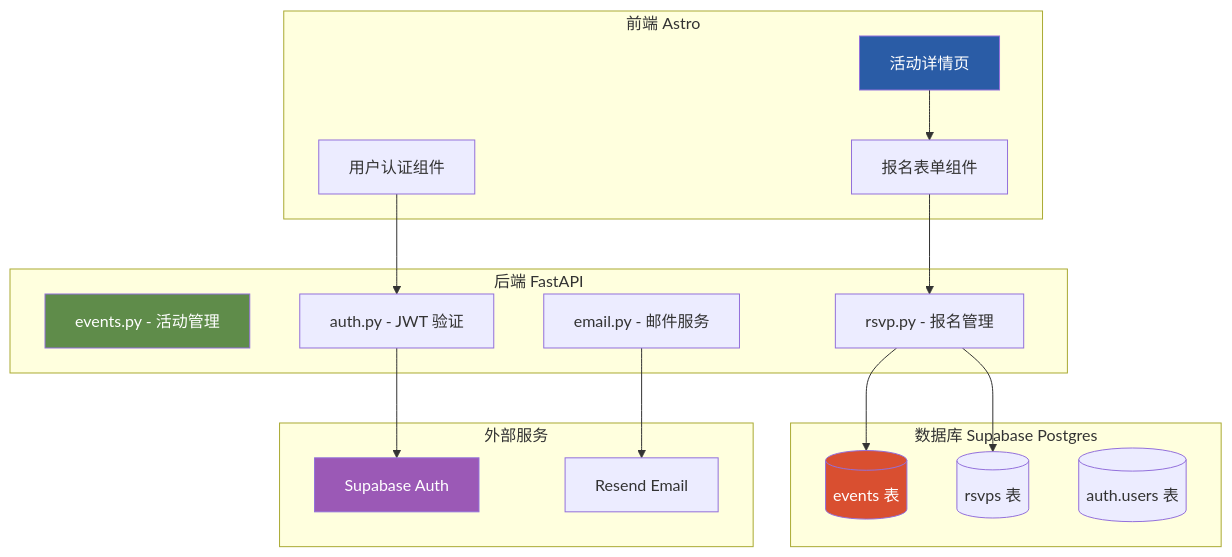
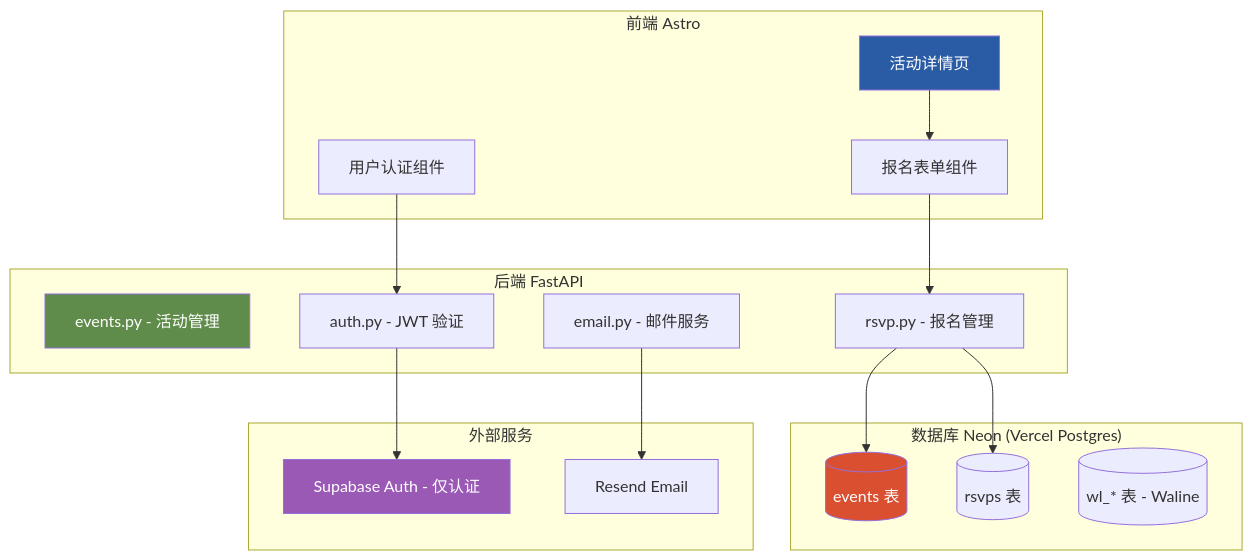
Before and after one commit to GenLI3202/acc_clubhub: the first of 2 diagrams in docs/rebuild_plan/phase_4_3_events_plan.md, drawn with Mermaid. The commit also changed other lines of this file and 1 other file, not shown here.

First line of the commit message:
docs(plan): finalize architecture - Neon DB + Supabase Auth

````diff
--- a/docs/rebuild_plan/phase_4_3_events_plan.md
+++ b/docs/rebuild_plan/phase_4_3_events_plan.md
@@ -144,39 +151,39 @@
 ```mermaid
 graph TB
     subgraph "前端 Astro"
         A[活动详情页]
         B[报名表单组件]
         C[用户认证组件]
     end
 
     subgraph "后端 FastAPI"
         D[events.py - 活动管理]
         E[rsvp.py - 报名管理]
         F[auth.py - JWT 验证]
         G[email.py - 邮件服务]
     end
 
-    subgraph "数据库 Supabase Postgres"
+    subgraph "数据库 Neon (Vercel Postgres)"
         H[(events 表)]
         I[(rsvps 表)]
-        J[(auth.users 表)]
+        J[(wl_* 表 - Waline)]
     end
 
     subgraph "外部服务"
-        K[Supabase Auth]
+        K[Supabase Auth - 仅认证]
         L[Resend Email]
     end
 
     A --> B
     B --> E
     C --> F
     E --> H
     E --> I
     F --> K
     G --> L
 
     style A fill:#2A5CA6,color:white
     style D fill:#5F8C4A,color:white
     style H fill:#D94F30,color:white
     style K fill:#9B59B6,color:white
 ```
````
